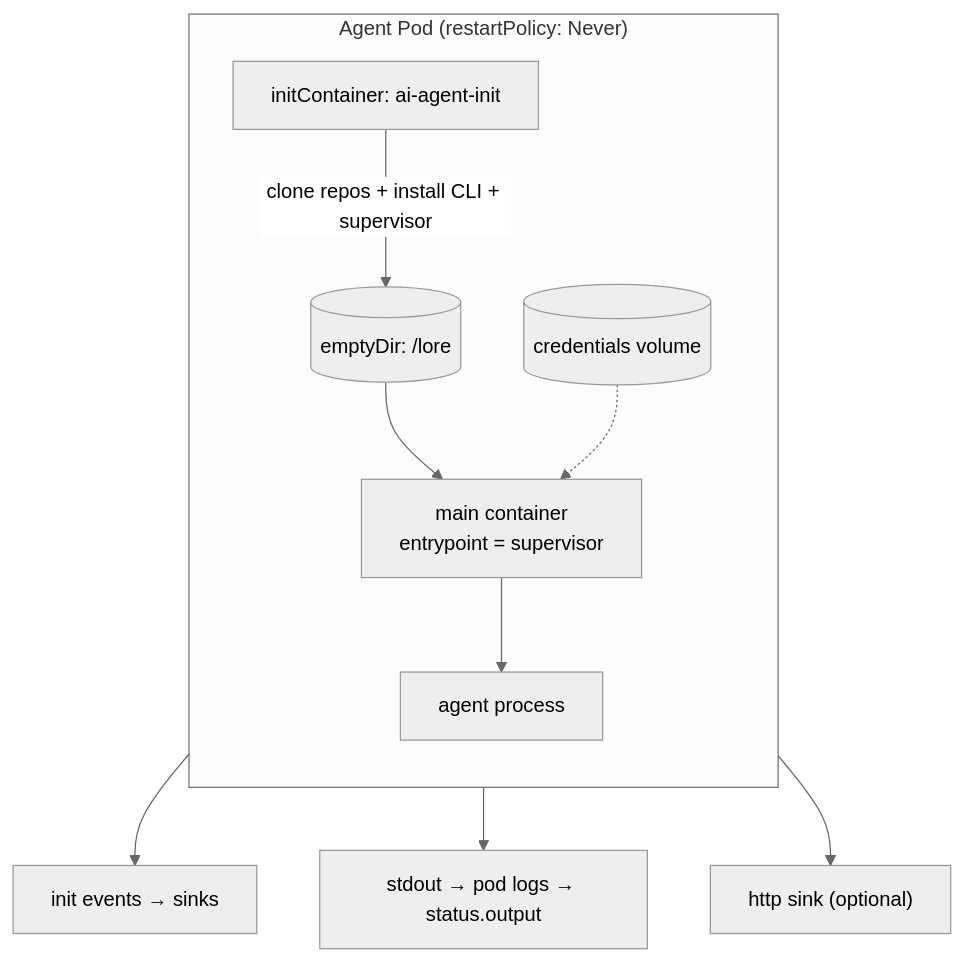
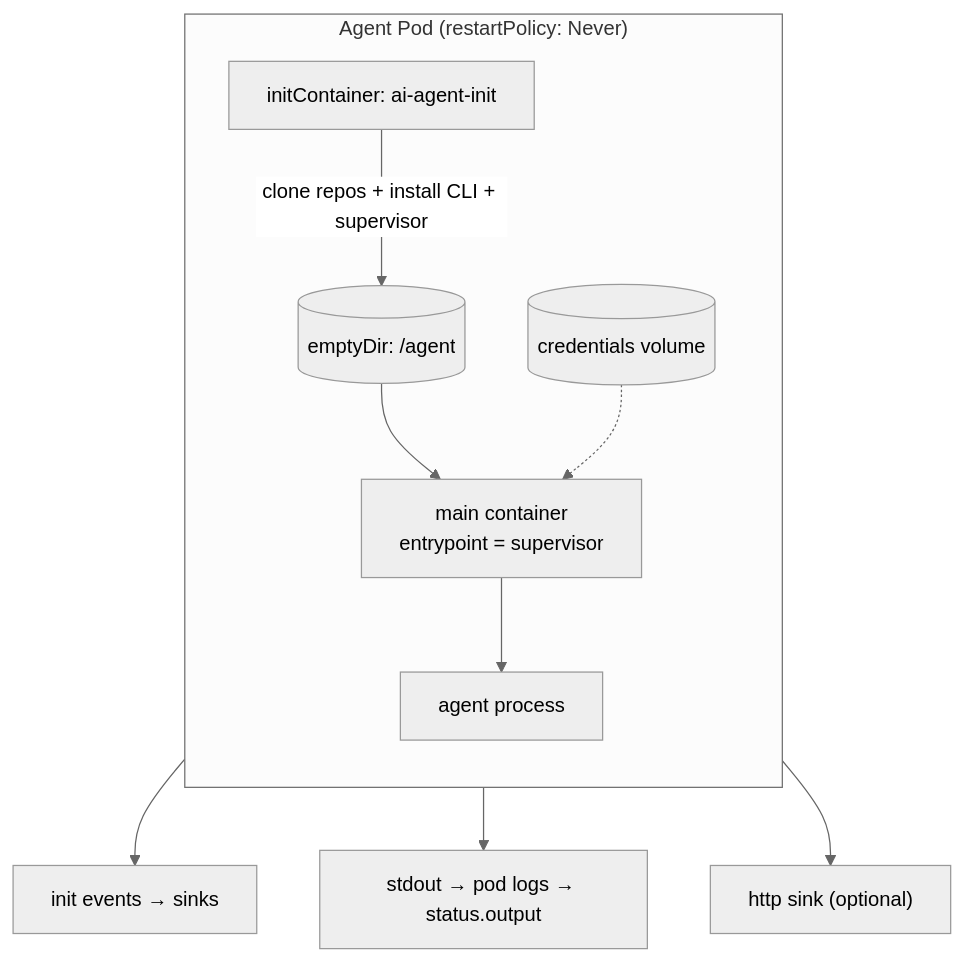
Before and after one commit to re-cinq/ai-agent-subsystem: the diagram in website/src/content/docs/concepts/agent-runtime.md, drawn with Mermaid (neutral theme). The commit also changed other lines of this file and 22 other files, not shown here.

First line of the commit message:
feat: neutral AGENT_* run contract, runnable examples, init memory headroom

````diff
--- a/website/src/content/docs/concepts/agent-runtime.md
+++ b/website/src/content/docs/concepts/agent-runtime.md
@@ -12,13 +12,13 @@
 ```mermaid
 flowchart TB
     subgraph POD["Agent Pod (restartPolicy: Never)"]
         direction TB
-        INIT["initContainer: ai-agent-init"] -->|"clone repos + install CLI + supervisor"| VOL[("emptyDir: /lore")]
+        INIT["initContainer: ai-agent-init"] -->|"clone repos + install CLI + supervisor"| VOL[("emptyDir: /agent")]
         VOL --> MAIN["main container<br/>entrypoint = supervisor"]
         MAIN --> PROC["agent process"]
         CREDS[("credentials volume")] -.-> MAIN
     end
     INIT --> NOTIFY["init events → sinks"]
     PROC --> STDOUT["stdout → pod logs → status.output"]
     PROC --> HTTP["http sink (optional)"]
 ```
````
